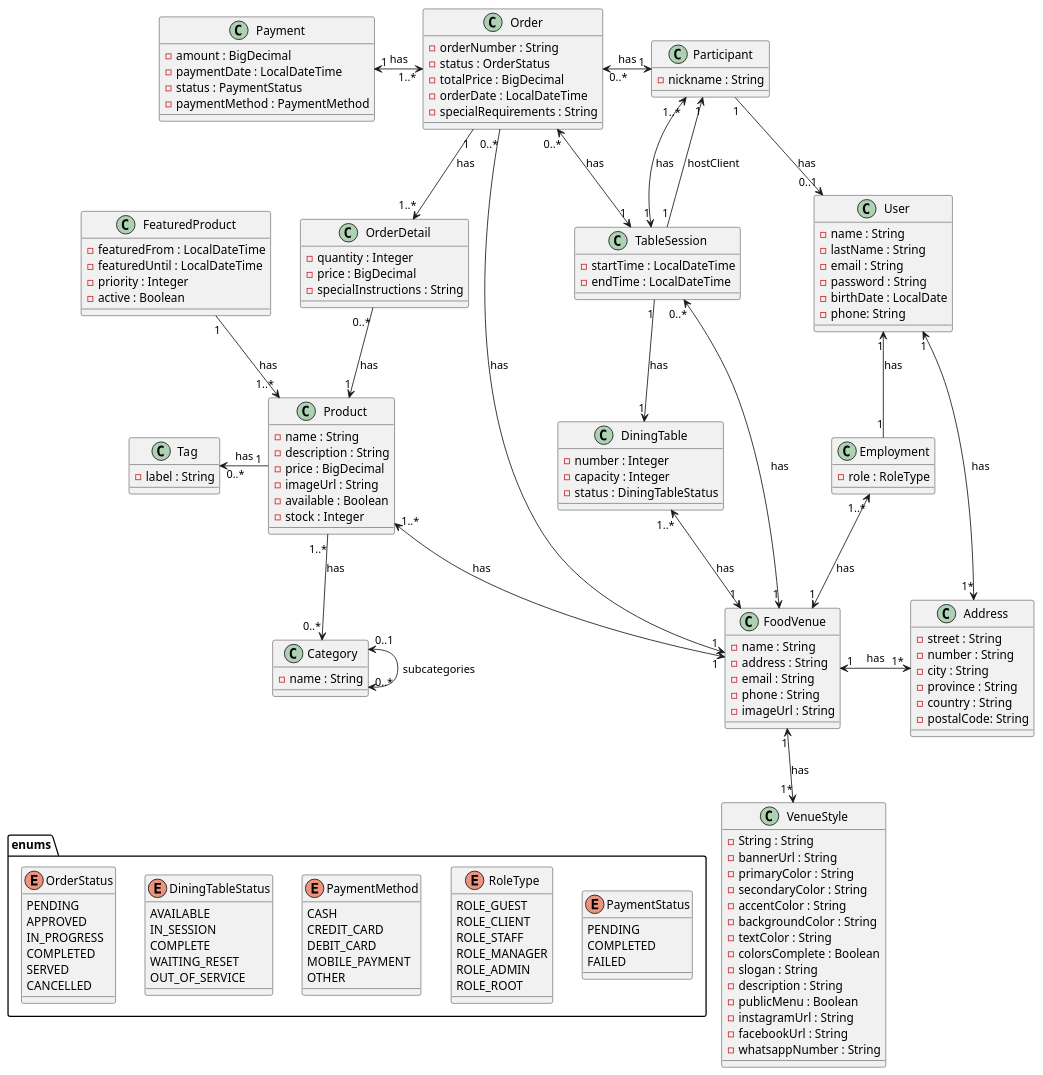
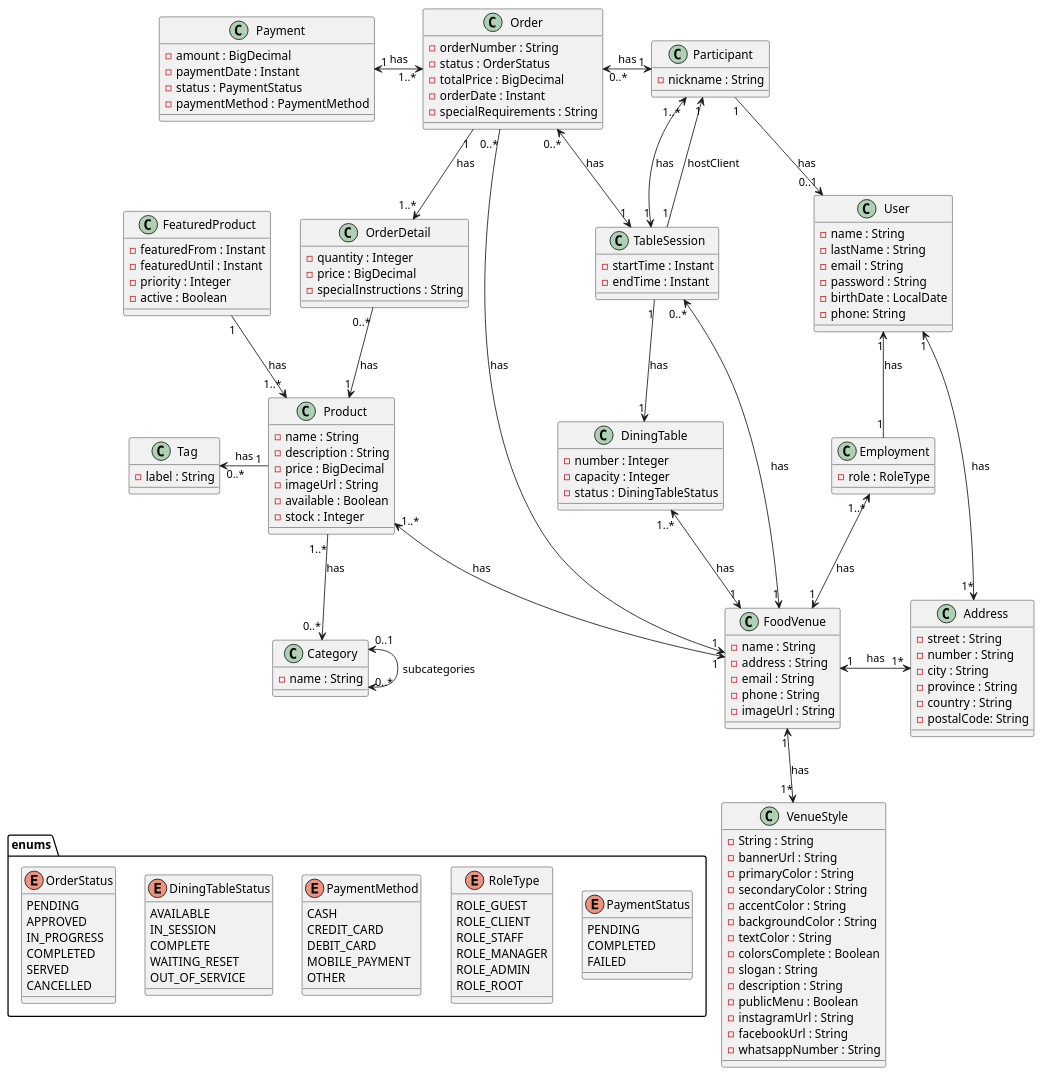
One commit to RodriLang/food-ordering-API changed the diagram in src/main/resources/diagrams/Modelo conptual.puml. Above: the diagram before and after it, drawn with PlantUML. The commit also changed 69 other files, not shown here.

```diff
--- a/src/main/resources/diagrams/Modelo conptual.puml
+++ b/src/main/resources/diagrams/Modelo conptual.puml
@@ -1,191 +1,191 @@
 @startuml
 
 
 ' === Main entities ===
 
 class User {
     - name : String
     - lastName : String
     - email : String
     - password : String
     - birthDate : LocalDate
     - phone: String
 }
 
 class Address {
     - street : String
     - number : String
     - city : String
     - province : String
     - country : String
     - postalCode: String
 }
 
 class Participant {
     - nickname : String
 }
 
 class Employment {
     - role : RoleType
 }
 
 class FoodVenue {
     - name : String
     - address : String
     - email : String
     - phone : String
     - imageUrl : String
 }
 
 class VenueStyle {
     - String : String
     - bannerUrl : String
     - primaryColor : String
     - secondaryColor : String
     - accentColor : String
     - backgroundColor : String
     - textColor : String
     - colorsComplete : Boolean
     - slogan : String
     - description : String
     - publicMenu : Boolean
     - instagramUrl : String
     - facebookUrl : String
     - whatsappNumber : String
 }
 
 class DiningTable {
     - number : Integer
     - capacity : Integer
     - status : DiningTableStatus
 }
 
 class TableSession {
-    - startTime : LocalDateTime
-    - endTime : LocalDateTime
+    - startTime : Instant
+    - endTime : Instant
 }
 
 class Product {
     - name : String
     - description : String
     - price : BigDecimal
     - imageUrl : String
     - available : Boolean
     - stock : Integer
 }
 
 class FeaturedProduct {
-    - featuredFrom : LocalDateTime
-    - featuredUntil : LocalDateTime
+    - featuredFrom : Instant
+    - featuredUntil : Instant
     - priority : Integer
     - active : Boolean
 }
 
 class Category {
     - name : String
 }
 
 class Tag {
     - label : String
 }
 
 class Order {
     - orderNumber : String
     - status : OrderStatus
     - totalPrice : BigDecimal
-    - orderDate : LocalDateTime
+    - orderDate : Instant
     - specialRequirements : String
 }
 
 class OrderDetail {
     -quantity : Integer
     -price : BigDecimal
     -specialInstructions : String
 }
 
 class Payment {
     - amount : BigDecimal
-    - paymentDate : LocalDateTime
+    - paymentDate : Instant
     - status : PaymentStatus
     - paymentMethod : PaymentMethod
 }
 
 
 ' === Enums ===
 package enums {
     enum DiningTableStatus {
         AVAILABLE
         IN_SESSION
         COMPLETE
         WAITING_RESET
         OUT_OF_SERVICE
     }
 
     enum RoleType {
         ROLE_GUEST
         ROLE_CLIENT
         ROLE_STAFF
         ROLE_MANAGER
         ROLE_ADMIN
         ROLE_ROOT
     }
 
     enum OrderStatus {
         PENDING
         APPROVED
         IN_PROGRESS
         COMPLETED
         SERVED
         CANCELLED
     }
 
     enum PaymentStatus {
         PENDING
         COMPLETED
         FAILED
     }
 
     enum PaymentMethod {
       CASH
       CREDIT_CARD
       DEBIT_CARD
       MOBILE_PAYMENT
       OTHER
     }
 }
 
 ' === Relations ===
 FoodVenue "1" <-up-> "1..*" DiningTable : has
 FoodVenue "1" <-up-> "0..*" TableSession : has
 FoodVenue "1" <-left-> "1..*" Product : has
 FoodVenue "1" <-left- "0..*" Order : has
 FoodVenue "1" <-up-> "1..*" Employment : has
 FoodVenue "1" <-right-> "1*" Address : has
 FoodVenue "1" <--> "1*" VenueStyle : has
 Product "1..*" -down-> "0..*" Category : has
 FeaturedProduct "1" -down-> "1..*" Product : has
 Product "1" -left-> "0..*" Tag : has
 TableSession "1" <-left-> "0..*" Order : has
 TableSession "1" <-up-> "1..*" Participant : has
 TableSession "1" --> "1" Participant : hostClient
 TableSession "1" -down-> "1" DiningTable : has
 Payment "1" <-right-> "1..*" Order : has
 Participant "1" <-left-> "0..* " Order : has
 Order "1" -down-> "1..*" OrderDetail : has
 OrderDetail "0..*" -down-> "1" Product : has
 Participant "1" -down-> "0..1" User : has
 Employment "1" -up-> "1" User : has
 Category "0..1" <--> "0..*" Category : subcategories
 User "1" <--> "1*" Address : has
 
 
 
 
 
 DiningTableStatus -right[hidden]- PaymentMethod
 DiningTableStatus -left[hidden]- OrderStatus
 PaymentMethod -right[hidden]- RoleType
 RoleType -right[hidden]- PaymentStatus
 OrderStatus -up[hidden]- Category
 
 @enduml
```
